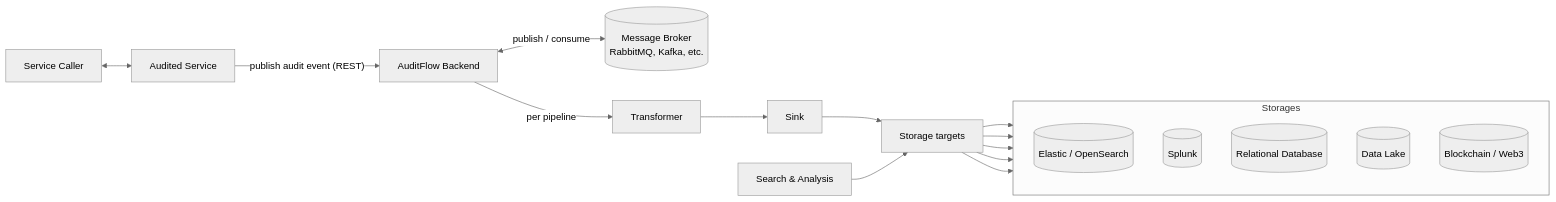
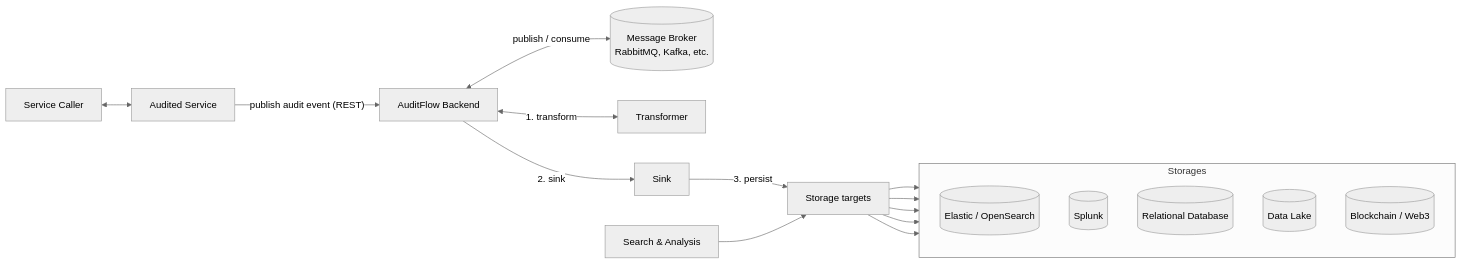
The diagram in auditflow/readme.md (Labs64/labs64.io-docs), drawn with Mermaid (neutral theme) before and after one commit. The commit also changed 1 other file, not shown here.

Commit message:
Fix mermaid diagrams

````diff
--- a/auditflow/readme.md
+++ b/auditflow/readme.md
@@ -3,29 +3,31 @@
 ```mermaid
 flowchart LR
   SC[Service Caller] <--> SVC[Audited Service]
 
   %% Ingest: services publish via REST; the backend is the sole broker producer/consumer.
   SVC -->|"publish audit event (REST)"| BE[AuditFlow Backend]
   BE <-->|"publish / consume"| Q[(Message Broker<br/>RabbitMQ, Kafka, etc.)]
 
   %% Delivery: the backend drives each pipeline — Transformer then Sink.
   %% Transformers and Sinks never read the broker directly.
-  BE -->|"per pipeline"| TR[Transformer] --> SK[Sink] --> ST[Storage targets]
+  BE <-->|"1. transform"| TR[Transformer]
+  BE -->|"2. sink"| SK[Sink]
+  SK -->|"3. persist"| ST[Storage targets]
 
   subgraph Storages["Storages"]
     direction TB
     ES[(Elastic / OpenSearch)]
     SP[(Splunk)]
     RDB[(Relational Database)]
     DL[(Data Lake)]
     BC[(Blockchain / Web3)]
   end
 
   ST --> ES
   ST --> SP
   ST --> RDB
   ST --> DL
   ST --> BC
 
   SA[Search & Analysis] --> ST
 ```
````
